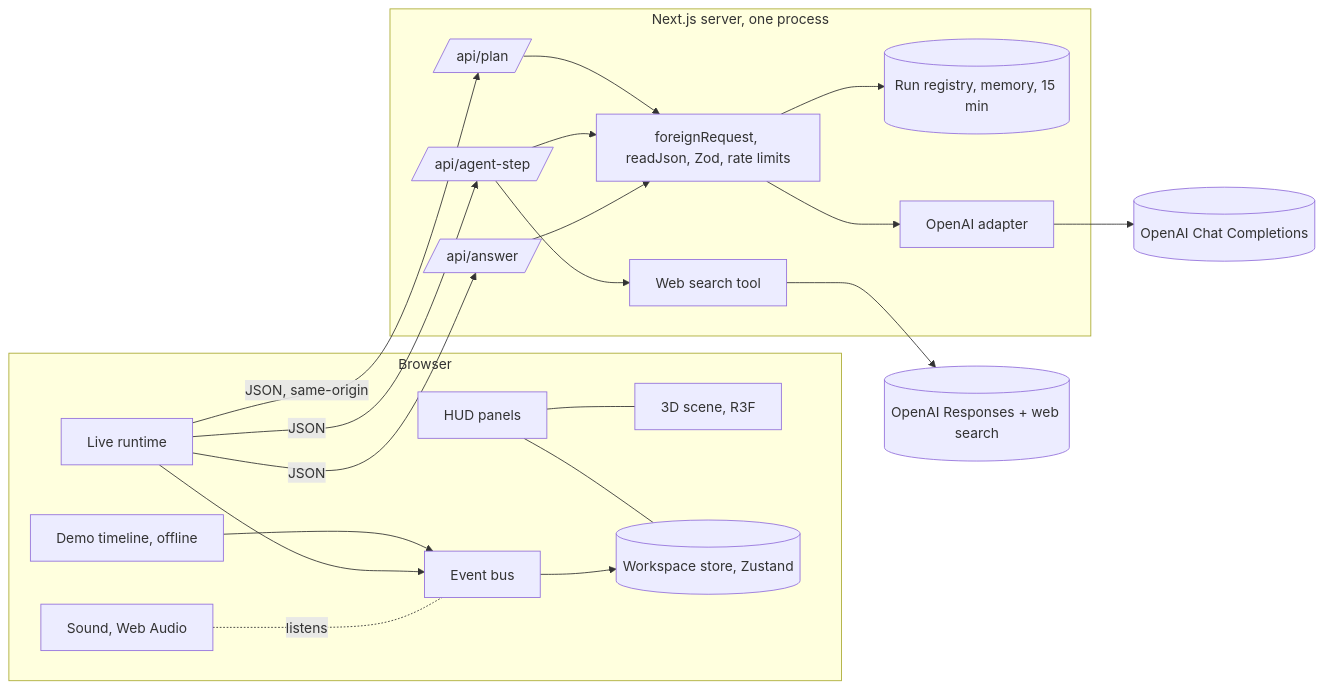
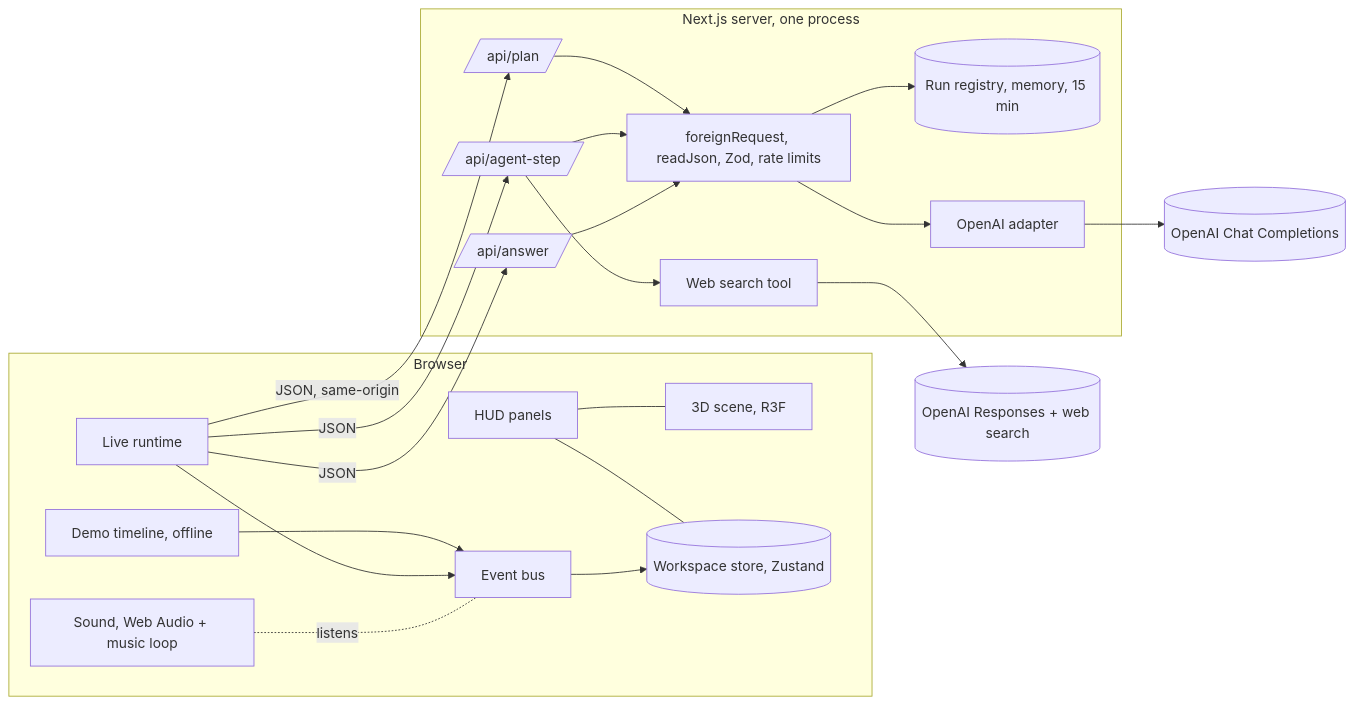
One commit to Youstinang/morph changed the diagram in docs/AUDIT_PROGRESS.md. Above: the diagram before and after it, drawn with Mermaid. The commit also changed 6 other files, not shown here.

Commit message:
Sound: background music loop (Cyberpunk Technology, Pixabay) that follows the team

````diff
--- a/docs/AUDIT_PROGRESS.md
+++ b/docs/AUDIT_PROGRESS.md
@@ -46,21 +46,21 @@
 ```mermaid
 flowchart LR
   subgraph Browser
     UI[HUD panels] --- Scene[3D scene, R3F] 
     UI --- Store[(Workspace store, Zustand)]
     Demo[Demo timeline, offline] --> Bus[Event bus] --> Store
     Live[Live runtime] --> Bus
-    Sound[Sound, Web Audio] -.listens.- Bus
+    Sound[Sound, Web Audio + music loop] -.listens.- Bus
   end
   Live -- JSON, same-origin --> Plan[/api/plan/]
   Live -- JSON --> Step[/api/agent-step/]
   Live -- JSON --> Answer[/api/answer/]
   subgraph Server[Next.js server, one process]
     Plan & Step & Answer --> Guard[foreignRequest, readJson, Zod, rate limits]
     Guard --> Runs[(Run registry, memory, 15 min)]
     Guard --> Provider[OpenAI adapter]
     Step --> Search[Web search tool]
   end
   Provider --> OpenAI[(OpenAI Chat Completions)]
   Search --> OpenAIR[(OpenAI Responses + web search)]
 ```
````
